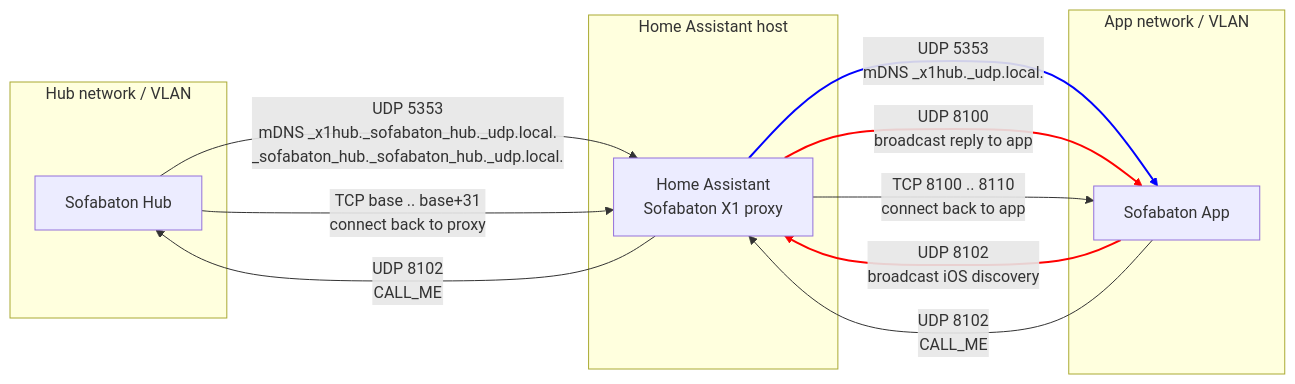
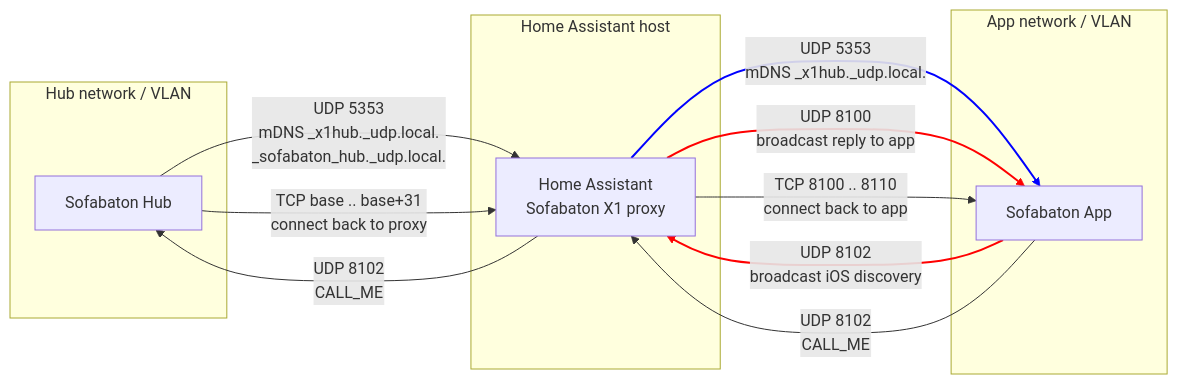
The diagram in docs/networking.md (m3tac0de/home-assistant-sofabaton-x1s), drawn with Mermaid before and after one commit.

````diff
--- a/docs/networking.md
+++ b/docs/networking.md
@@ -5,44 +5,44 @@
 ```mermaid
 graph LR
     subgraph VLAN_HUB [Hub network / VLAN]
       Hub[Sofabaton Hub]
     end
 
     subgraph VLAN_HA [Home Assistant host]
       HA[Home Assistant<br>Sofabaton X1 proxy]
     end
 
     subgraph VLAN_APP [App network / VLAN]
       App[Sofabaton App]
     end
 
     %% Hub <-> Proxy (Segment 1)
-    Hub -->|UDP 5353<br>mDNS _x1hub._sofabaton_hub._udp.local.<br>_sofabaton_hub._sofabaton_hub._udp.local.| HA
+    Hub -->|UDP 5353<br>mDNS _x1hub._udp.local.<br>_sofabaton_hub._udp.local.| HA
     HA -->|UDP 8102<br>CALL_ME| Hub
     Hub -->|TCP base .. base+31<br>connect back to proxy| HA
 
     %% App discovery via mDNS
     HA -->|UDP 5353<br>mDNS _x1hub._udp.local.| App
 
     %% iOS specific UDP broadcast discovery
     App -->|UDP 8102<br>broadcast iOS discovery| HA
     HA -->|UDP 8100<br>broadcast reply to app| App
 
     %% App connect and control
     App -->|UDP 8102<br>CALL_ME| HA
     HA -->|TCP 8100 .. 8110<br>connect back to app| App
 
     %% linkStyle indexes are 0-based in order of the edges above
     %% 0: Hub->HA mDNS
     %% 1: HA->Hub CALL_ME
     %% 2: Hub->HA TCP
     %% 3: HA->App mDNS
     %% 4: App->HA iOS broadcast
     %% 5: HA->App iOS reply
     %% 6: App->HA CALL_ME
     %% 7: HA->App TCP 8100-8110
 
     linkStyle 3 stroke:#0000ff,stroke-width:2px;
     linkStyle 4 stroke:#ff0000,stroke-width:2px;
     linkStyle 5 stroke:#ff0000,stroke-width:2px;
 ```
````
